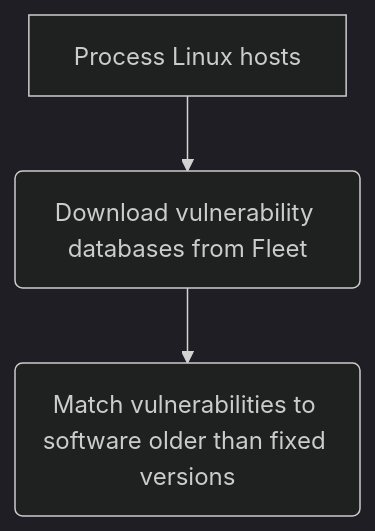
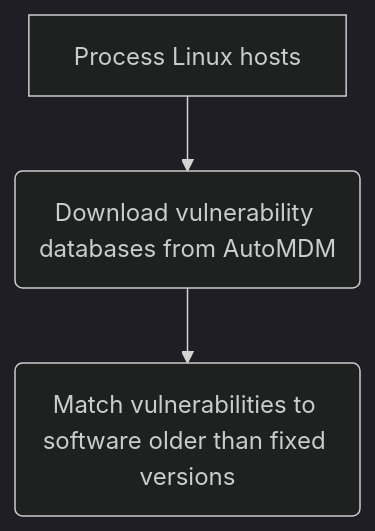
One commit to anilyagiz/AutoMDM changed the sixth of 7 diagrams in docs/Contributing/vulnerability-management/vulnerability-processing.md. Above: the diagram before and after it, drawn with Mermaid (dark theme). The commit also changed other lines of this file and 7979 other files, not shown here.

First line of the commit message:
Rebrand Fleet as AutoMDM (mechanical pass)

````diff
--- a/docs/Contributing/vulnerability-management/vulnerability-processing.md
+++ b/docs/Contributing/vulnerability-management/vulnerability-processing.md
@@ -264,5 +264,5 @@
   ```mermaid
   graph TD;
-    process[Process Linux hosts] --> download(Download vulnerability databases from Fleet)
+    process[Process Linux hosts] --> download(Download vulnerability databases from AutoMDM)
     download --> execute(Match vulnerabilities to software older than fixed versions)
   ```
````
